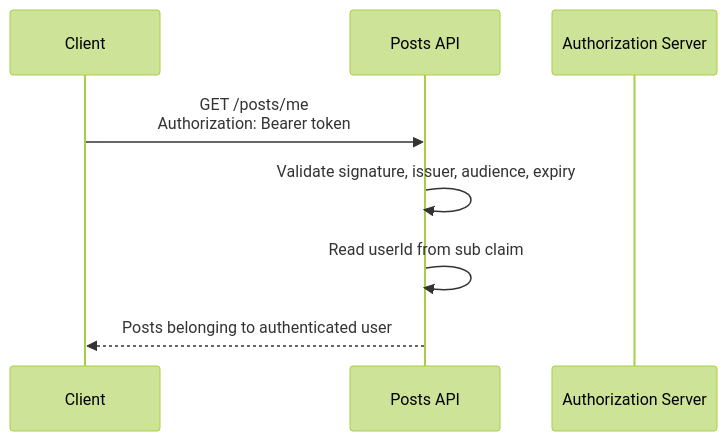
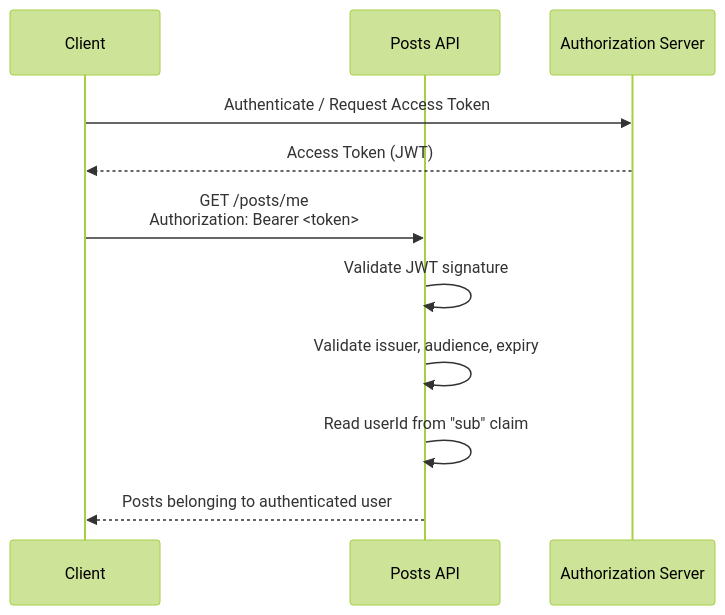
Before and after one commit to lekhrajdinkar/solution-engineer: the diagram in docs/2022-2025/SE_02_system-design/SD_08_API-Design/04_api_design_05_security.md, drawn with Mermaid (forest theme). The commit also changed other lines of this file and 11 other files, not shown here.

````diff
--- a/docs/2022-2025/SE_02_system-design/SD_08_API-Design/04_api_design_05_security.md
+++ b/docs/2022-2025/SE_02_system-design/SD_08_API-Design/04_api_design_05_security.md
@@ -53,11 +88,17 @@
 ```mermaid
 sequenceDiagram
     participant C as Client
     participant API as Posts API
     participant IDP as Authorization Server
 
-    C->>API: GET /posts/me<br/>Authorization: Bearer token
-    API->>API: Validate signature, issuer, audience, expiry
-    API->>API: Read userId from sub claim
+    C->>IDP: Authenticate / Request Access Token
+    IDP-->>C: Access Token (JWT)
+
+    C->>API: GET /posts/me<br/>Authorization: Bearer <token>
+
+    API->>API: Validate JWT signature
+    API->>API: Validate issuer, audience, expiry
+    API->>API: Read userId from "sub" claim
+
     API-->>C: Posts belonging to authenticated user
 ```
````
